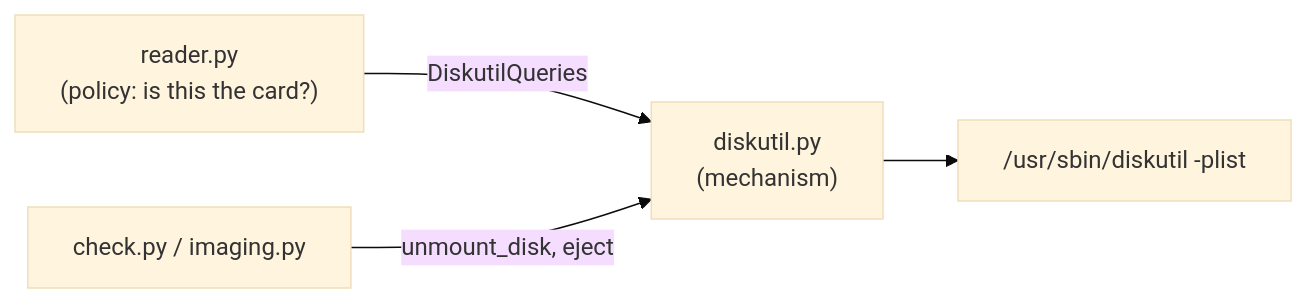
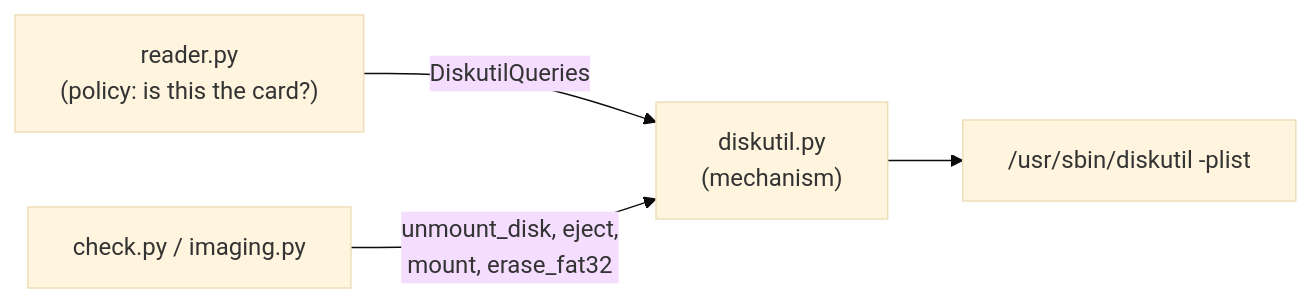
One commit to Boston-Robot-Hackers/microsd-utils changed the diagram in process/01-literate/02-diskutil.md. Above: the diagram before and after it, drawn with Mermaid (base theme). The commit also changed other lines of this file and 33 other files, not shown here.

````diff
--- a/process/01-literate/02-diskutil.md
+++ b/process/01-literate/02-diskutil.md
@@ -54,6 +62,6 @@
 ```mermaid
 flowchart LR
     reader["reader.py<br/>(policy: is this the card?)"] -- DiskutilQueries --> adapter["diskutil.py<br/>(mechanism)"]
-    commands["check.py / imaging.py"] -- unmount_disk, eject --> adapter
+    commands["check.py / imaging.py"] -- "unmount_disk, eject,<br/>mount, erase_fat32" --> adapter
     adapter --> cmd["/usr/sbin/diskutil -plist"]
 ```
````
